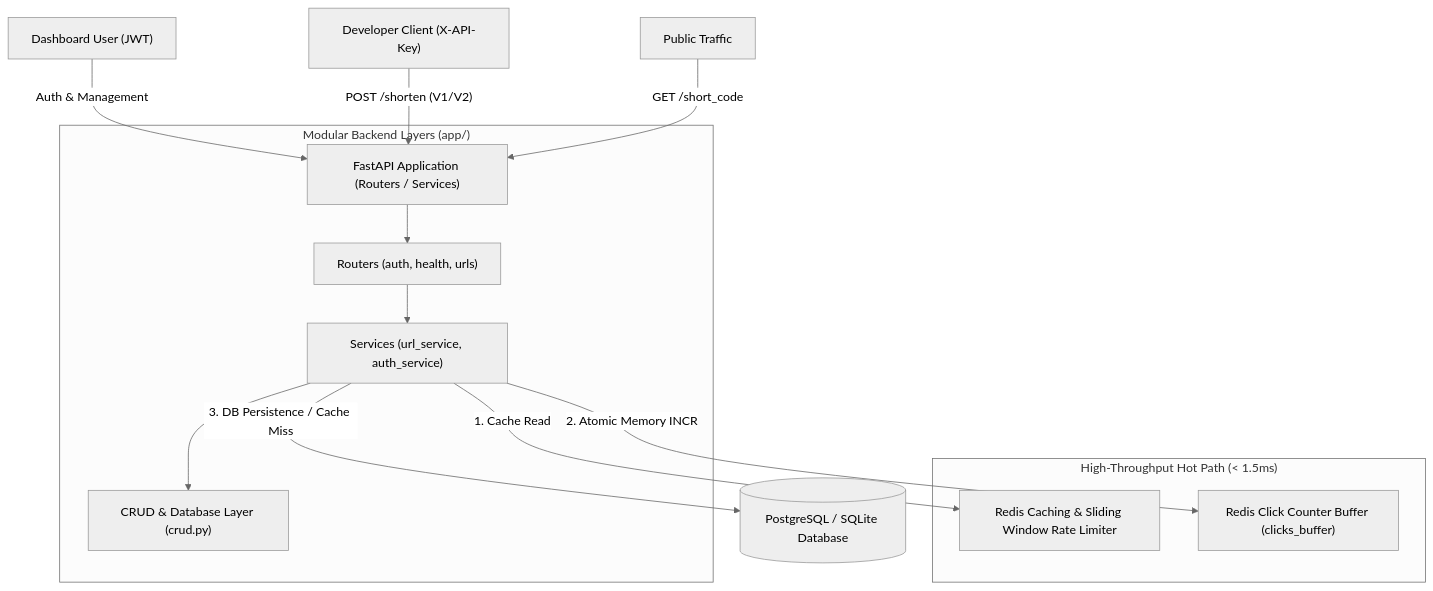
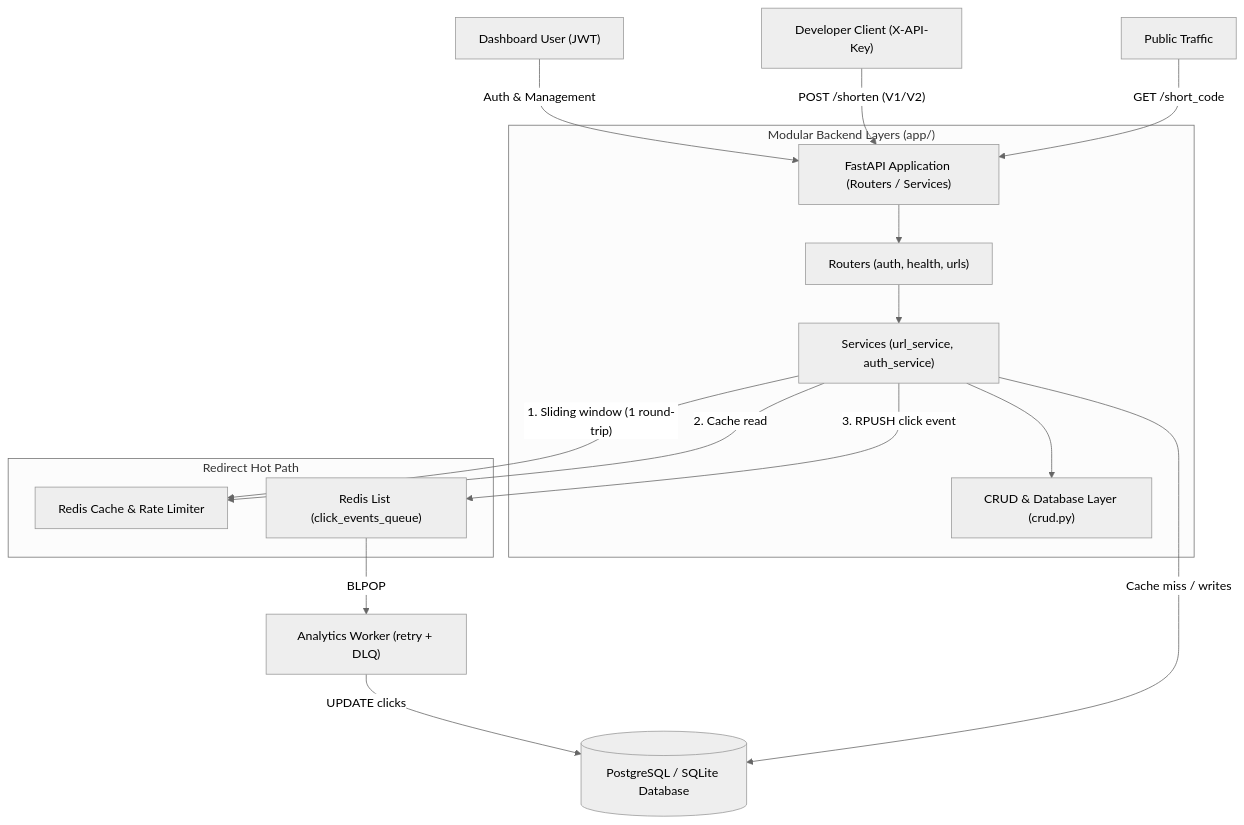
The diagram in README.md (ace-ify/URL-Shortener), drawn with Mermaid (neutral theme) before and after one commit. The commit also changed other lines of this file and 17 other files, not shown here.

Commit message:
feat: implement Redis-backed caching and rate limiting with comprehensive test suite

````diff
--- a/README.md
+++ b/README.md
@@ -11,19 +11,22 @@
 ```mermaid
 graph TD
     User["Dashboard User (JWT)"] -->|"Auth & Management"| API["FastAPI Application (Routers / Services)"]
     Dev["Developer Client (X-API-Key)"] -->|"POST /shorten (V1/V2)"| API
     Public["Public Traffic"] -->|"GET /short_code"| API
     
     subgraph "Modular Backend Layers (app/)"
         API --> Routers["Routers (auth, health, urls)"]
         Routers --> Services["Services (url_service, auth_service)"]
         Services --> CRUD["CRUD & Database Layer (crud.py)"]
     end
 
-    subgraph "High-Throughput Hot Path (< 1.5ms)"
-        Services -->|"1. Cache Read"| Redis["Redis Caching & Sliding Window Rate Limiter"]
-        Services -->|"2. Atomic Memory INCR"| Buffer["Redis Click Counter Buffer (clicks_buffer)"]
+    subgraph "Redirect Hot Path"
+        Services -->|"1. Sliding window (1 round-trip)"| Redis["Redis Cache & Rate Limiter"]
+        Services -->|"2. Cache read"| Redis
+        Services -->|"3. RPUSH click event"| Queue["Redis List (click_events_queue)"]
     end
-    
-    Services -->|"3. DB Persistence / Cache Miss"| DB[("PostgreSQL / SQLite Database")]
+
+    Queue -->|"BLPOP"| Worker["Analytics Worker (retry + DLQ)"]
+    Worker -->|"UPDATE clicks"| DB[("PostgreSQL / SQLite Database")]
+    Services -->|"Cache miss / writes"| DB
 ```
````
